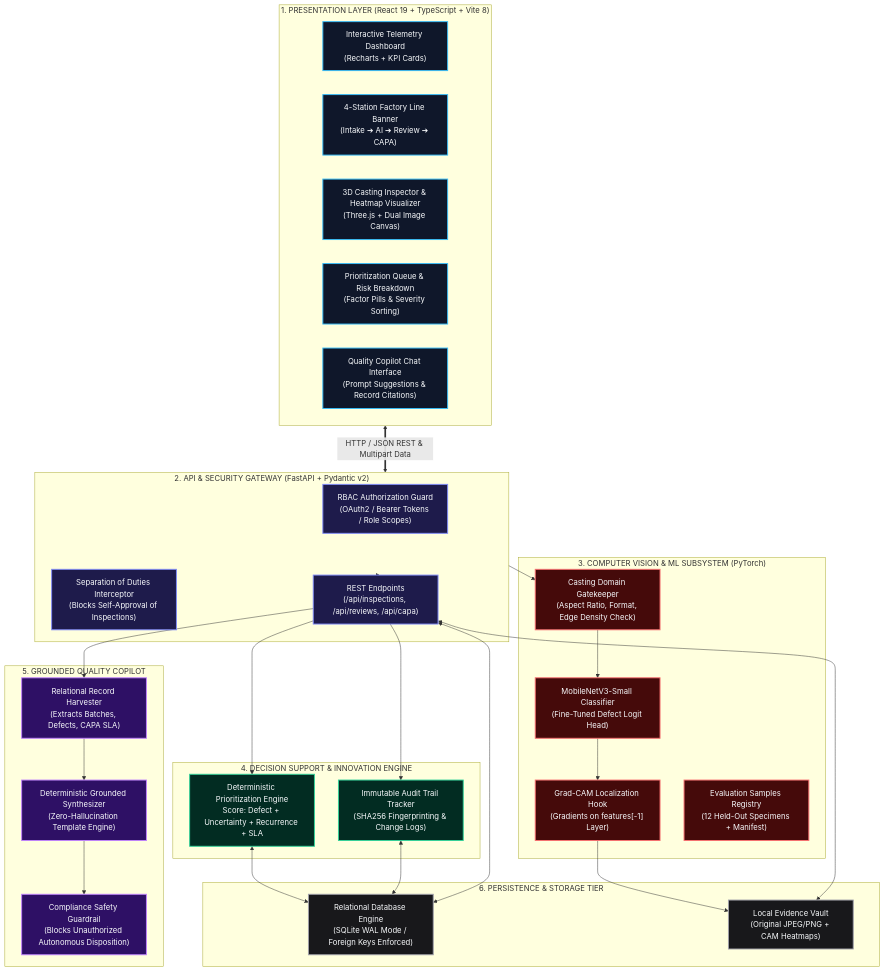
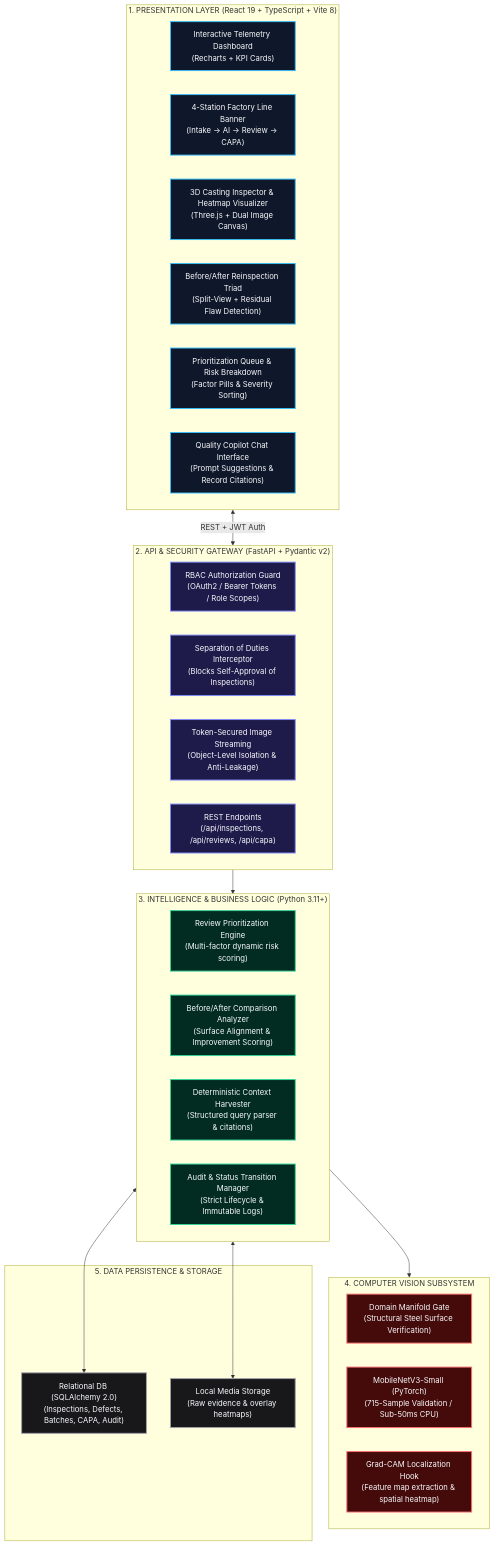
The first of 4 diagrams in README.md (Karanpatil1201/Buildathon-2.0), drawn with Mermaid before and after one commit. The commit also changed other lines of this file and 30 other files, not shown here.

Commit message:
feat: implement strict production-style RBAC, reinspection comparison triad, and UI updates

````diff
--- a/README.md
+++ b/README.md
@@ -53,67 +54,69 @@
 ```mermaid
 flowchart TB
     %% Styling Classes
     classDef client fill:#0f172a,stroke:#38bdf8,stroke-width:2px,color:#f8fafc;
     classDef gateway fill:#1e1b4b,stroke:#818cf8,stroke-width:2px,color:#f8fafc;
     classDef core fill:#022c22,stroke:#34d399,stroke-width:2px,color:#f8fafc;
     classDef ai fill:#450a0a,stroke:#f87171,stroke-width:2px,color:#f8fafc;
     classDef data fill:#18181b,stroke:#a1a1aa,stroke-width:2px,color:#f8fafc;
     classDef copilot fill:#2e1065,stroke:#c084fc,stroke-width:2px,color:#f8fafc;
 
     subgraph CLIENT["1. PRESENTATION LAYER (React 19 + TypeScript + Vite 8)"]
-        UI_DASH["Interactive Telemetry Dashboard\n(Recharts + KPI Cards)"]:::client
-        UI_LINE["4-Station Factory Line Banner\n(Intake ➔ AI ➔ Review ➔ CAPA)"]:::client
-        UI_VIEW["3D Casting Inspector & Heatmap Visualizer\n(Three.js + Dual Image Canvas)"]:::client
-        UI_PRIO["Prioritization Queue & Risk Breakdown\n(Factor Pills & Severity Sorting)"]:::client
-        UI_COPILOT["Quality Copilot Chat Interface\n(Prompt Suggestions & Record Citations)"]:::client
+        UI_DASH["Interactive Telemetry Dashboard
+(Recharts + KPI Cards)"]:::client
+        UI_LINE["4-Station Factory Line Banner
+(Intake -> AI -> Review -> CAPA)"]:::client
+        UI_VIEW["3D Casting Inspector & Heatmap Visualizer
+(Three.js + Dual Image Canvas)"]:::client
+        UI_REINSP["Before/After Reinspection Triad
+(Split-View + Residual Flaw Detection)"]:::client
+        UI_PRIO["Prioritization Queue & Risk Breakdown
+(Factor Pills & Severity Sorting)"]:::client
+        UI_COPILOT["Quality Copilot Chat Interface
+(Prompt Suggestions & Record Citations)"]:::client
     end
 
     subgraph GATEWAY["2. API & SECURITY GATEWAY (FastAPI + Pydantic v2)"]
-        AUTH_ROUTER["RBAC Authorization Guard\n(OAuth2 / Bearer Tokens / Role Scopes)"]:::gateway
-        SOD_GUARD["Separation of Duties Interceptor\n(Blocks Self-Approval of Inspections)"]:::gateway
-        REST_API["REST Endpoints\n(/api/inspections, /api/reviews, /api/capa)"]:::gateway
+        AUTH_ROUTER["RBAC Authorization Guard
+(OAuth2 / Bearer Tokens / Role Scopes)"]:::gateway
+        SOD_GUARD["Separation of Duties Interceptor
+(Blocks Self-Approval of Inspections)"]:::gateway
+        IMG_STREAM["Token-Secured Image Streaming
+(Object-Level Isolation & Anti-Leakage)"]:::gateway
+        REST_API["REST Endpoints
+(/api/inspections, /api/reviews, /api/capa)"]:::gateway
     end
 
-    subgraph INFERENCE["3. COMPUTER VISION & ML SUBSYSTEM (PyTorch)"]
-        DOMAIN_GATE["Casting Domain Gatekeeper\n(Aspect Ratio, Format, Edge Density Check)"]:::ai
-        MODEL_NET["MobileNetV3-Small Classifier\n(Fine-Tuned Defect Logit Head)"]:::ai
-        GRAD_CAM["Grad-CAM Localization Hook\n(Gradients on features[-1] Layer)"]:::ai
-        EVAL_REG["Evaluation Samples Registry\n(12 Held-Out Specimens + Manifest)"]:::ai
+    subgraph CORE["3. INTELLIGENCE & BUSINESS LOGIC (Python 3.11+)"]
+        PRIO_ENG["Review Prioritization Engine
+(Multi-factor dynamic risk scoring)"]:::core
+        REINSP_ENG["Before/After Comparison Analyzer
+(Surface Alignment & Improvement Scoring)"]:::core
+        COPILOT_ENG["Deterministic Context Harvester
+(Structured query parser & citations)"]:::core
+        STATE_MGR["Audit & Status Transition Manager
+(Strict Lifecycle & Immutable Logs)"]:::core
     end
 
-    subgraph INNOVATION["4. DECISION SUPPORT & INNOVATION ENGINE"]
-        PRIO_SCORER["Deterministic Prioritization Engine\nScore: Defect + Uncertainty + Recurrence + SLA"]:::core
-        AUDIT_ENGINE["Immutable Audit Trail Tracker\n(SHA256 Fingerprinting & Change Logs)"]:::core
+    subgraph AI["4. COMPUTER VISION SUBSYSTEM"]
+        GATE_MOD["Domain Manifold Gate
+(Structural Steel Surface Verification)"]:::ai
+        MOBILENET["MobileNetV3-Small (PyTorch)
+(715-Sample Validation / Sub-50ms CPU)"]:::ai
+        GRADCAM["Grad-CAM Localization Hook
+(Feature map extraction & spatial heatmap)"]:::ai
     end
 
-    subgraph COPILOT_ENGINE["5. GROUNDED QUALITY COPILOT"]
-        CTX_BUILDER["Relational Record Harvester\n(Extracts Batches, Defects, CAPA SLA)"]:::copilot
-        GROUNDED_SYNTH["Deterministic Grounded Synthesizer\n(Zero-Hallucination Template Engine)"]:::copilot
-        SAFETY_GUARD["Compliance Safety Guardrail\n(Blocks Unauthorized Autonomous Disposition)"]:::copilot
+    subgraph DATA["5. DATA PERSISTENCE & STORAGE"]
+        SQLITE_DB["Relational DB (SQLAlchemy 2.0)
+(Inspections, Defects, Batches, CAPA, Audit)"]:::data
+        IMG_STORE["Local Media Storage
+(Raw evidence & overlay heatmaps)"]:::data
     end
 
-    subgraph STORAGE["6. PERSISTENCE & STORAGE TIER"]
-        SQLITE_DB["Relational Database Engine\n(SQLite WAL Mode / Foreign Keys Enforced)"]:::data
-        FILE_STORE["Local Evidence Vault\n(Original JPEG/PNG + CAM Heatmaps)"]:::data
-    end
-
-    %% Interconnections
-    CLIENT <==>|HTTP / JSON REST & Multipart Data| GATEWAY
-    GATEWAY --> DOMAIN_GATE
-    DOMAIN_GATE --> MODEL_NET
-    MODEL_NET --> GRAD_CAM
-    GRAD_CAM --> FILE_STORE
-
-    GATEWAY --> REST_API
-    REST_API --> PRIO_SCORER
-    REST_API --> AUDIT_ENGINE
-    REST_API --> CTX_BUILDER
-
-    CTX_BUILDER --> GROUNDED_SYNTH
-    GROUNDED_SYNTH --> SAFETY_GUARD
-
-    PRIO_SCORER <--> SQLITE_DB
-    AUDIT_ENGINE <--> SQLITE_DB
-    REST_API <--> SQLITE_DB
-    REST_API <--> FILE_STORE
+    CLIENT <-->|REST + JWT Auth| GATEWAY
+    GATEWAY --> CORE
+    CORE --> AI
+    CORE <--> SQLITE_DB
+    CORE <--> IMG_STORE
 ```
````
